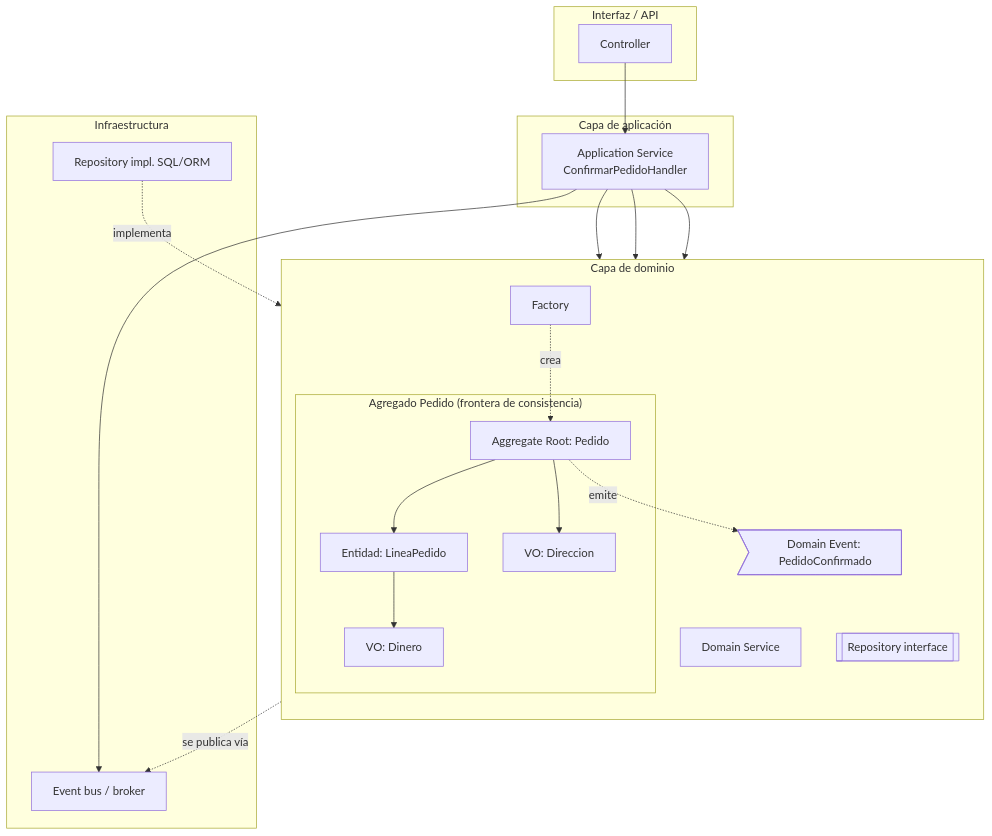
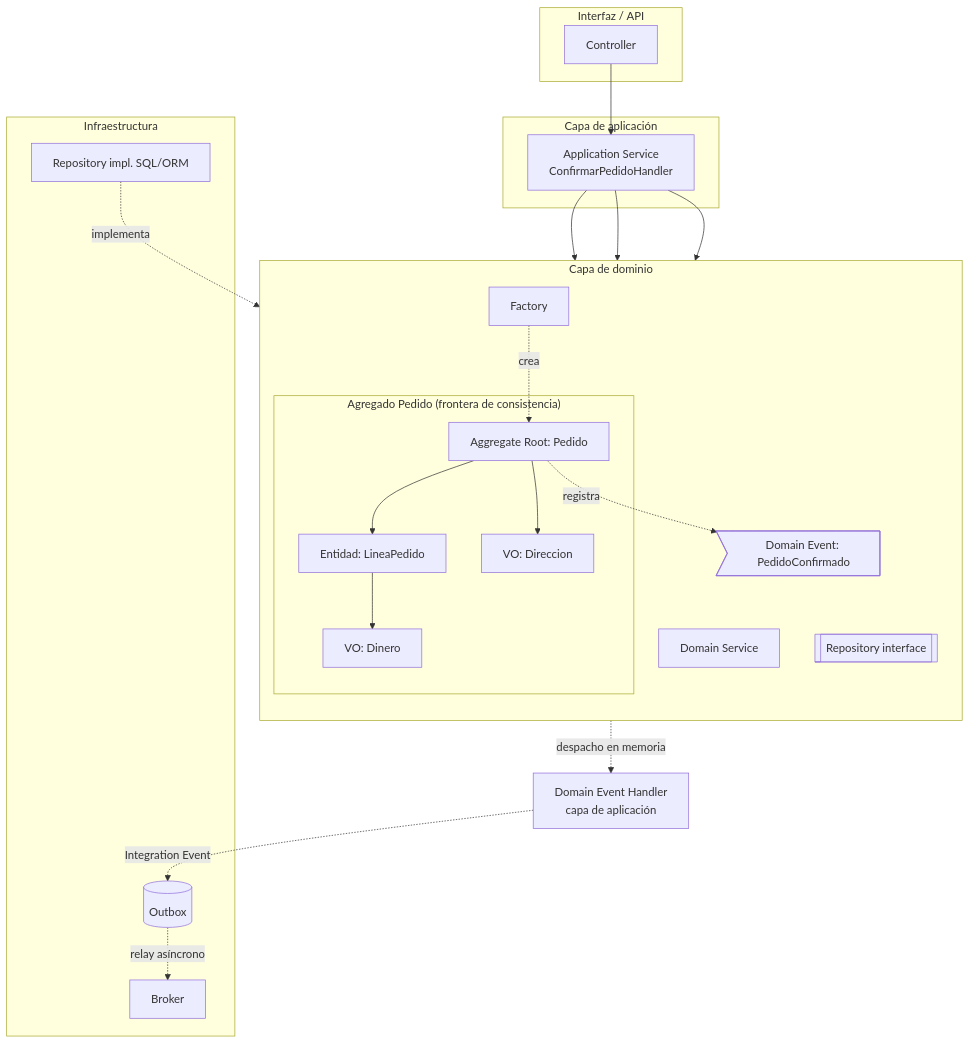
One commit to juvndvv/knowledge-base changed the fourth of 5 diagrams in ddd/building-blocks-tacticos.md. Above: the diagram before and after it, drawn with Mermaid. The commit also changed other lines of this file, not shown here.

First line of the commit message:
Distinguir eventos de dominio e integración con ejemplos de outbox

````diff
--- a/ddd/building-blocks-tacticos.md
+++ b/ddd/building-blocks-tacticos.md
@@ -244,39 +394,42 @@
 ```mermaid
 flowchart TB
   subgraph UI["Interfaz / API"]
     C[Controller]
   end
   subgraph APP["Capa de aplicación"]
     AS[Application Service<br/>ConfirmarPedidoHandler]
   end
   subgraph DOM["Capa de dominio"]
     direction TB
     F[Factory]
     DS[Domain Service]
     subgraph AGG["Agregado Pedido (frontera de consistencia)"]
       AR[Aggregate Root: Pedido]
       E1[Entidad: LineaPedido]
       VO1[VO: Dinero]
       VO2[VO: Direccion]
       AR --> E1
       E1 --> VO1
       AR --> VO2
     end
     RI[[Repository interface]]
     EV>Domain Event: PedidoConfirmado]
   end
+  DEH[Domain Event Handler<br/>capa de aplicación]
   subgraph INF["Infraestructura"]
     RIMPL[Repository impl. SQL/ORM]
-    BUS[Event bus / broker]
+    OB[(Outbox)]
+    BUS[Broker]
   end
 
   C --> AS
   AS --> RI
   AS --> AR
   AS --> DS
   F -. crea .-> AR
-  AR -. emite .-> EV
+  AR -. registra .-> EV
   RIMPL -. implementa .-> RI
-  AS --> BUS
-  EV -. se publica vía .-> BUS
+  EV -. despacho en memoria .-> DEH
+  DEH -. Integration Event .-> OB
+  OB -. relay asíncrono .-> BUS
 ```
````
